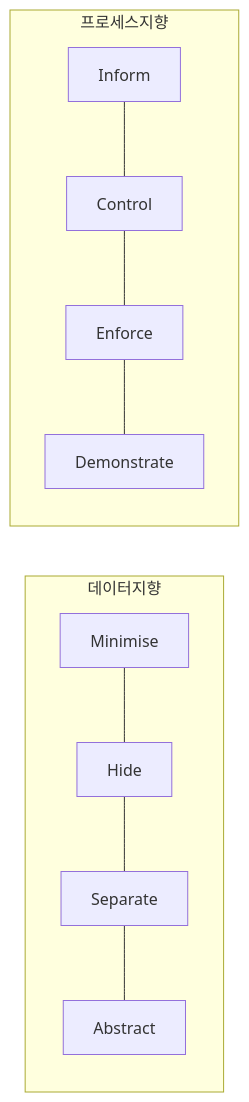
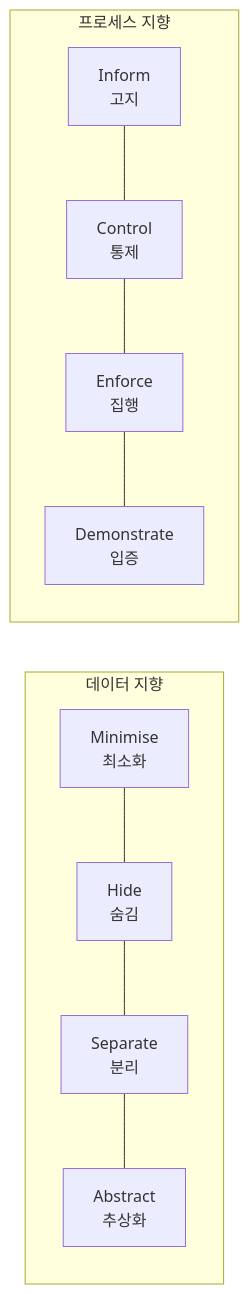
One commit to coninggu/wjdqhrhksflrltnftk changed the diagram in content/privacy-by-design.md. Above: the diagram before and after it, drawn with Mermaid. The commit also changed other lines of this file and 4 other files, not shown here.

````diff
--- a/content/privacy-by-design.md
+++ b/content/privacy-by-design.md
@@ -26,13 +31,13 @@
 ```mermaid
 flowchart LR
-  subgraph 데이터지향
-    MI[Minimise] --- HI[Hide]
-    HI --- SE[Separate]
-    SE --- AB[Abstract]
+  subgraph 데이터지향[데이터 지향]
+    MI[Minimise<br/>최소화] --- HI[Hide<br/>숨김]
+    HI --- SE[Separate<br/>분리]
+    SE --- AB[Abstract<br/>추상화]
   end
-  subgraph 프로세스지향
-    IN[Inform] --- CO[Control]
-    CO --- EN[Enforce]
-    EN --- DE[Demonstrate]
+  subgraph 프로세스지향[프로세스 지향]
+    IN[Inform<br/>고지] --- CO[Control<br/>통제]
+    CO --- EN[Enforce<br/>집행]
+    EN --- DE[Demonstrate<br/>입증]
   end
 ```
````
